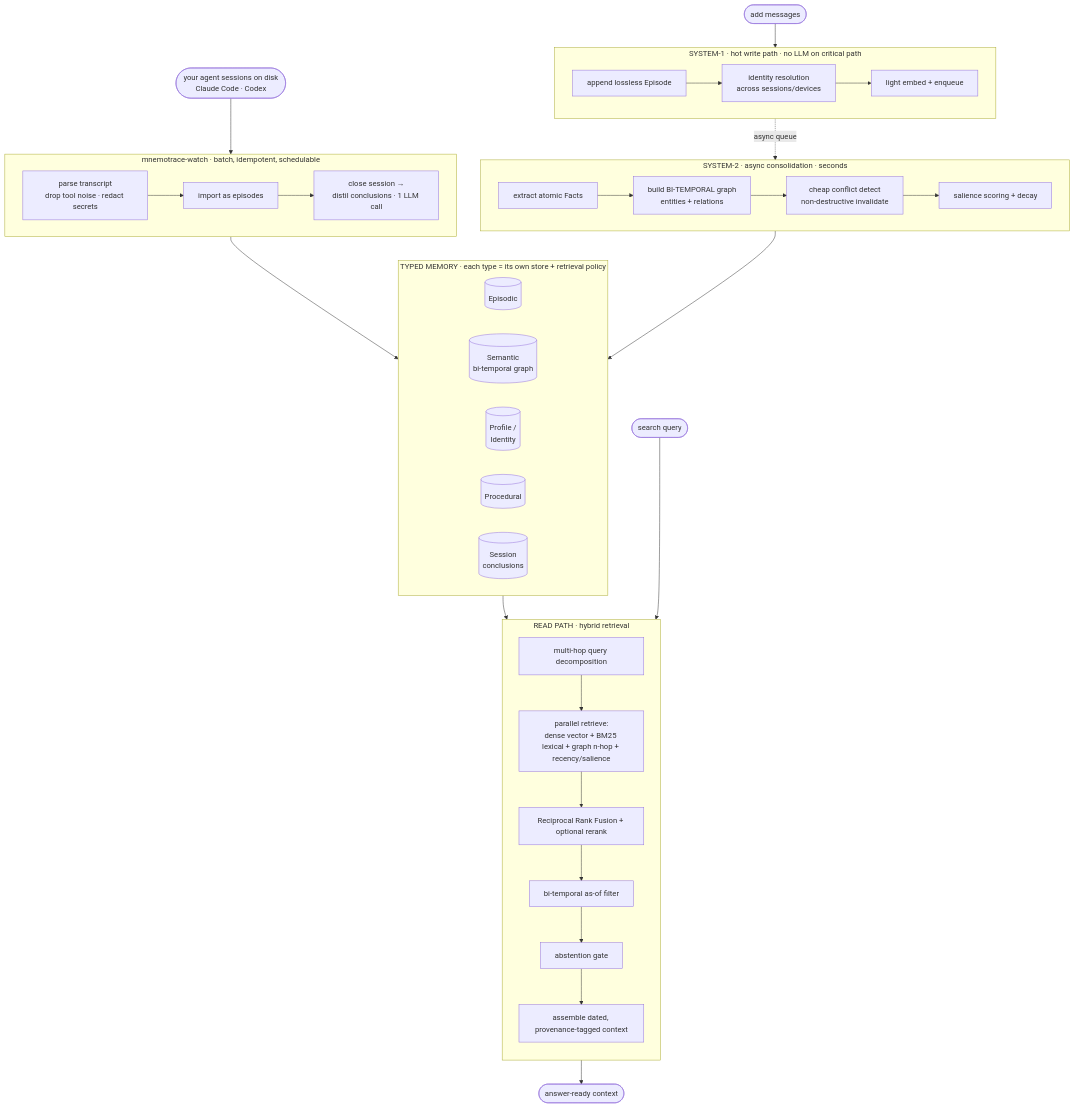
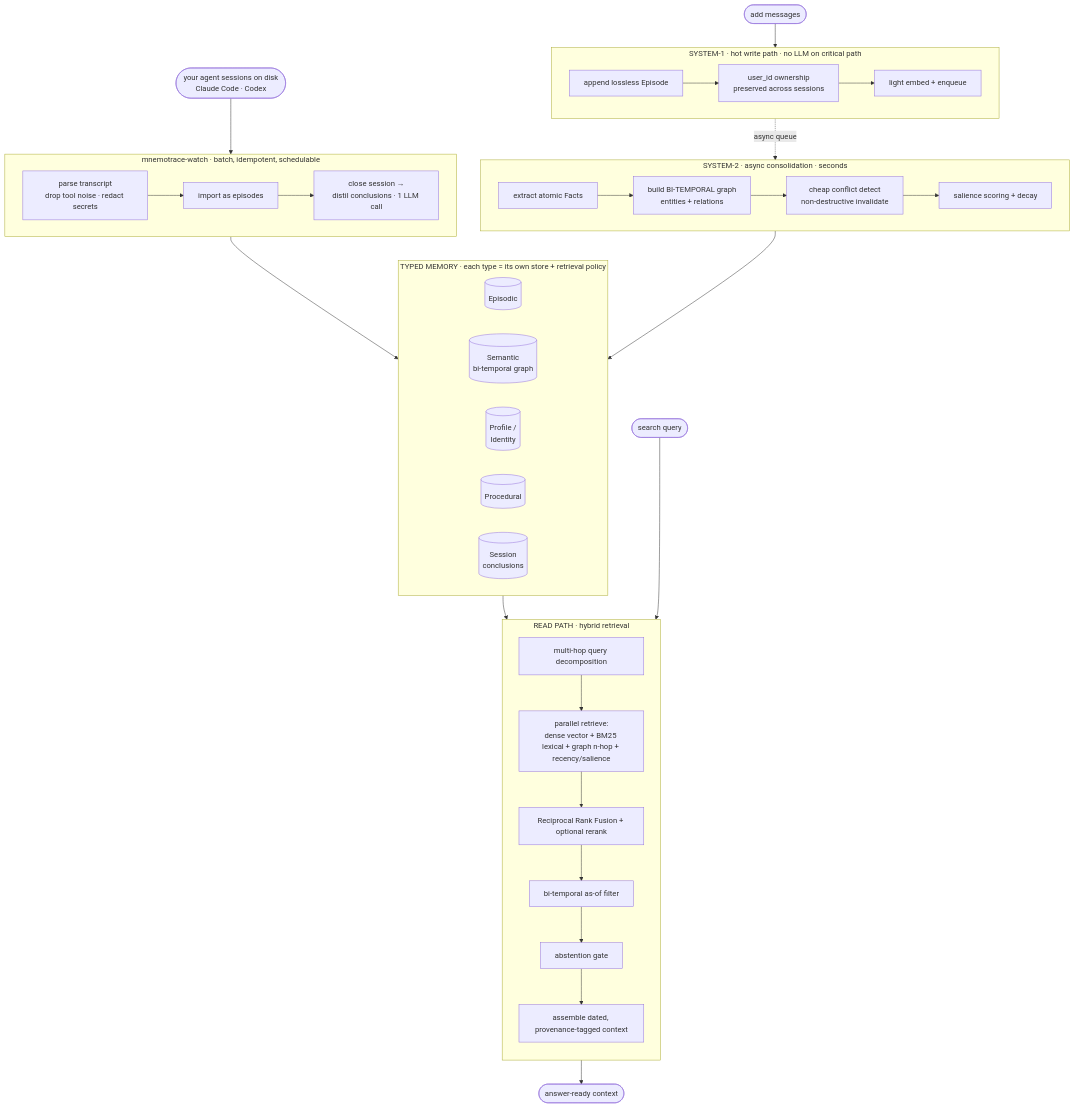
The diagram in README.md (NotZhu/MnemoTrace), drawn with Mermaid before and after one commit. The commit also changed other lines of this file and 48 other files, not shown here.

````diff
--- a/README.md
+++ b/README.md
@@ -290,36 +288,36 @@
 ```mermaid
 flowchart TB
     ADD([add messages]) --> S1
     SESS([your agent sessions on disk<br/>Claude Code · Codex]) --> W
     subgraph W [mnemotrace-watch · batch, idempotent, schedulable]
         direction LR
         Wa[parse transcript<br/>drop tool noise · redact secrets] --> Wb[import as episodes] --> Wc[close session →<br/>distil conclusions · 1 LLM call]
     end
     W --> TM
     subgraph S1 [SYSTEM-1 · hot write path · no LLM on critical path]
         direction LR
-        S1a[append lossless Episode] --> S1b[identity resolution<br/>across sessions/devices] --> S1c[light embed + enqueue]
+        S1a[append lossless Episode] --> S1b[user_id ownership<br/>preserved across sessions] --> S1c[light embed + enqueue]
     end
     S1 -. async queue .-> S2
     subgraph S2 [SYSTEM-2 · async consolidation · seconds]
         direction LR
         S2a[extract atomic Facts] --> S2b[build BI-TEMPORAL graph<br/>entities + relations] --> S2c[cheap conflict detect<br/>non-destructive invalidate] --> S2d[salience scoring + decay]
     end
     S2 --> TM
     subgraph TM [TYPED MEMORY · each type = its own store + retrieval policy]
         direction LR
         TMa[(Episodic)]
         TMb[(Semantic<br/>bi-temporal graph)]
         TMc[(Profile /<br/>Identity)]
         TMd[(Procedural)]
         TMe[(Session<br/>conclusions)]
     end
     TM --> R
     Q([search query]) --> R
     subgraph R [READ PATH · hybrid retrieval]
         direction TB
         Ra[multi-hop query decomposition] --> Rb[parallel retrieve:<br/>dense vector + BM25 lexical + graph n-hop + recency/salience]
         Rb --> Rc[Reciprocal Rank Fusion + optional rerank] --> Rd[bi-temporal as-of filter] --> Re[abstention gate] --> Rf[assemble dated, provenance-tagged context]
     end
     Rf --> OUT([answer-ready context])
 ```
````
